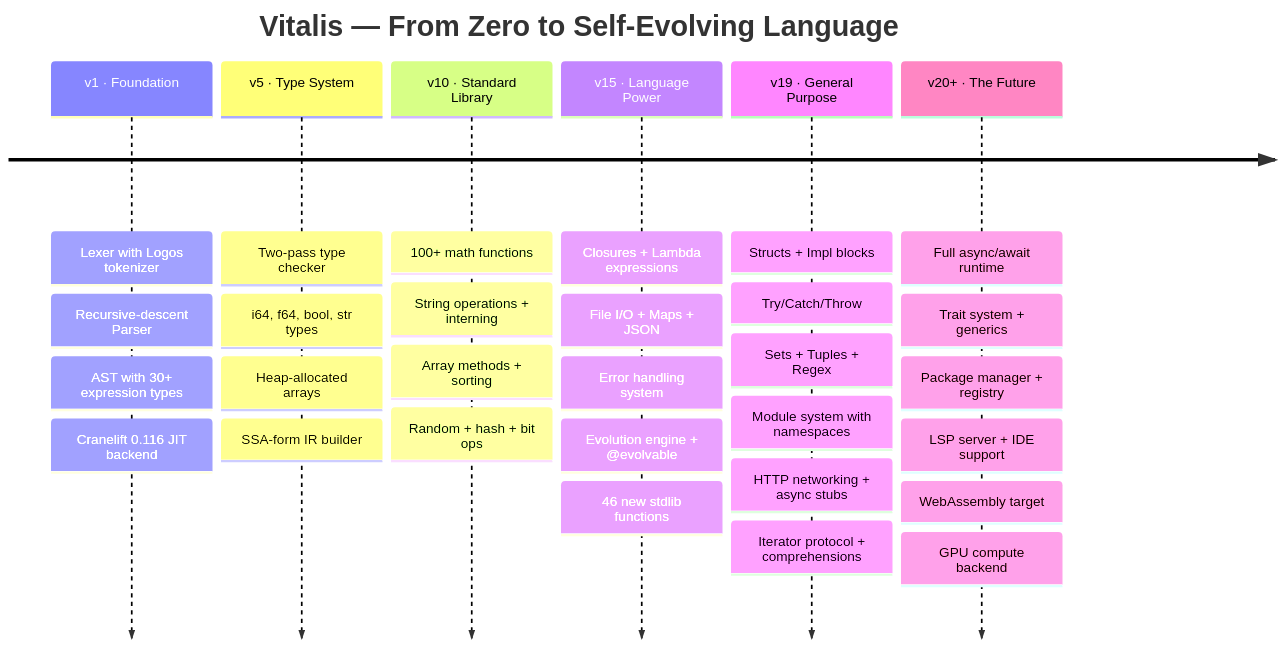
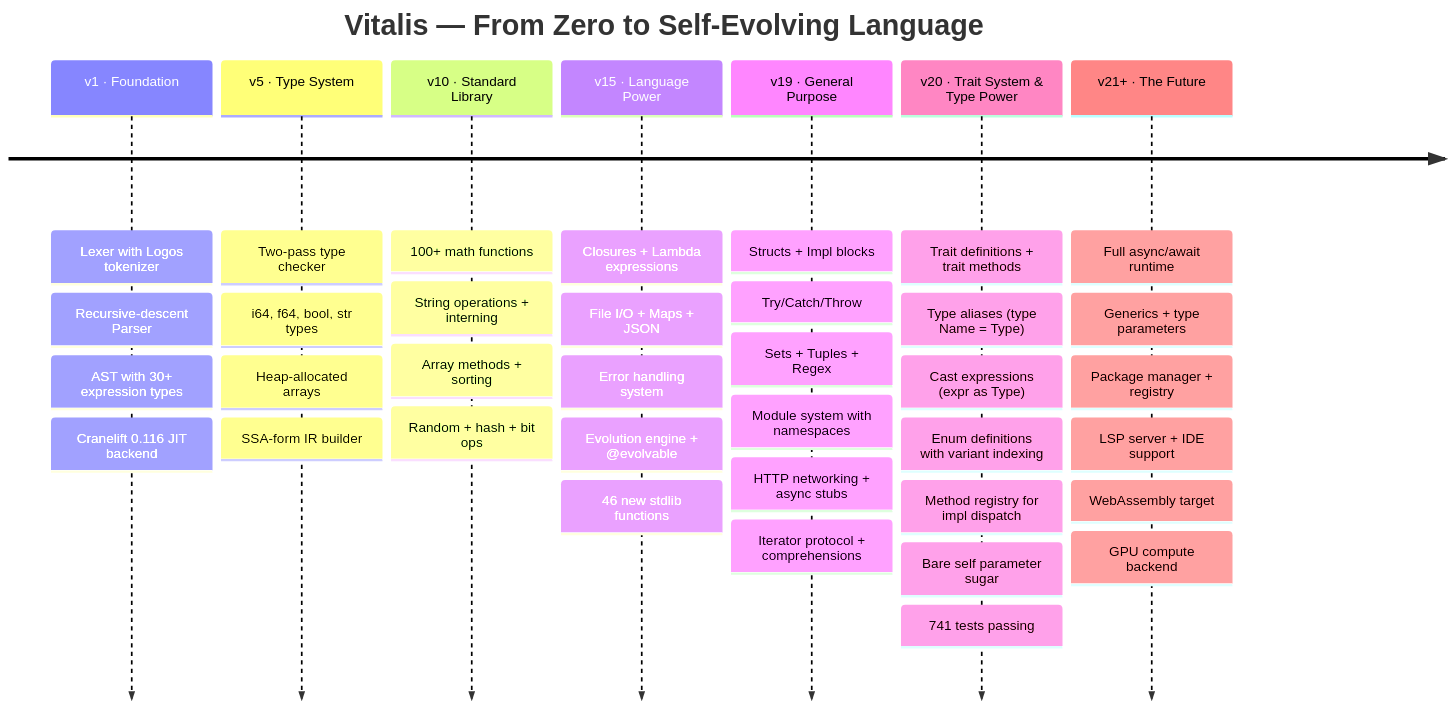
One commit to ModernOps888/vitalis changed the seventh of 7 diagrams in README.md. Above: the diagram before and after it, drawn with Mermaid. The commit also changed other lines of this file and 2 other files, not shown here.

First line of the commit message:
v20.0.0: update README, roadmap, badges, version bump

````diff
--- a/README.md
+++ b/README.md
@@ -915,45 +915,54 @@
 ```mermaid
 timeline
     title Vitalis — From Zero to Self-Evolving Language
 
     v1 · Foundation
         : Lexer with Logos tokenizer
         : Recursive-descent Parser
         : AST with 30+ expression types
         : Cranelift 0.116 JIT backend
 
     v5 · Type System
         : Two-pass type checker
         : i64, f64, bool, str types
         : Heap-allocated arrays
         : SSA-form IR builder
 
     v10 · Standard Library
         : 100+ math functions
         : String operations + interning
         : Array methods + sorting
         : Random + hash + bit ops
 
     v15 · Language Power
         : Closures + Lambda expressions
         : File I/O + Maps + JSON
         : Error handling system
         : Evolution engine + @evolvable
         : 46 new stdlib functions
 
     v19 · General Purpose
         : Structs + Impl blocks
         : Try/Catch/Throw
         : Sets + Tuples + Regex
         : Module system with namespaces
         : HTTP networking + async stubs
         : Iterator protocol + comprehensions
 
-    v20+ · The Future
+    v20 · Trait System & Type Power
+        : Trait definitions + trait methods
+        : Type aliases (type Name = Type)
+        : Cast expressions (expr as Type)
+        : Enum definitions with variant indexing
+        : Method registry for impl dispatch
+        : Bare self parameter sugar
+        : 741 tests passing
+
+    v21+ · The Future
         : Full async/await runtime
-        : Trait system + generics
+        : Generics + type parameters
         : Package manager + registry
         : LSP server + IDE support
         : WebAssembly target
         : GPU compute backend
 ```
````
